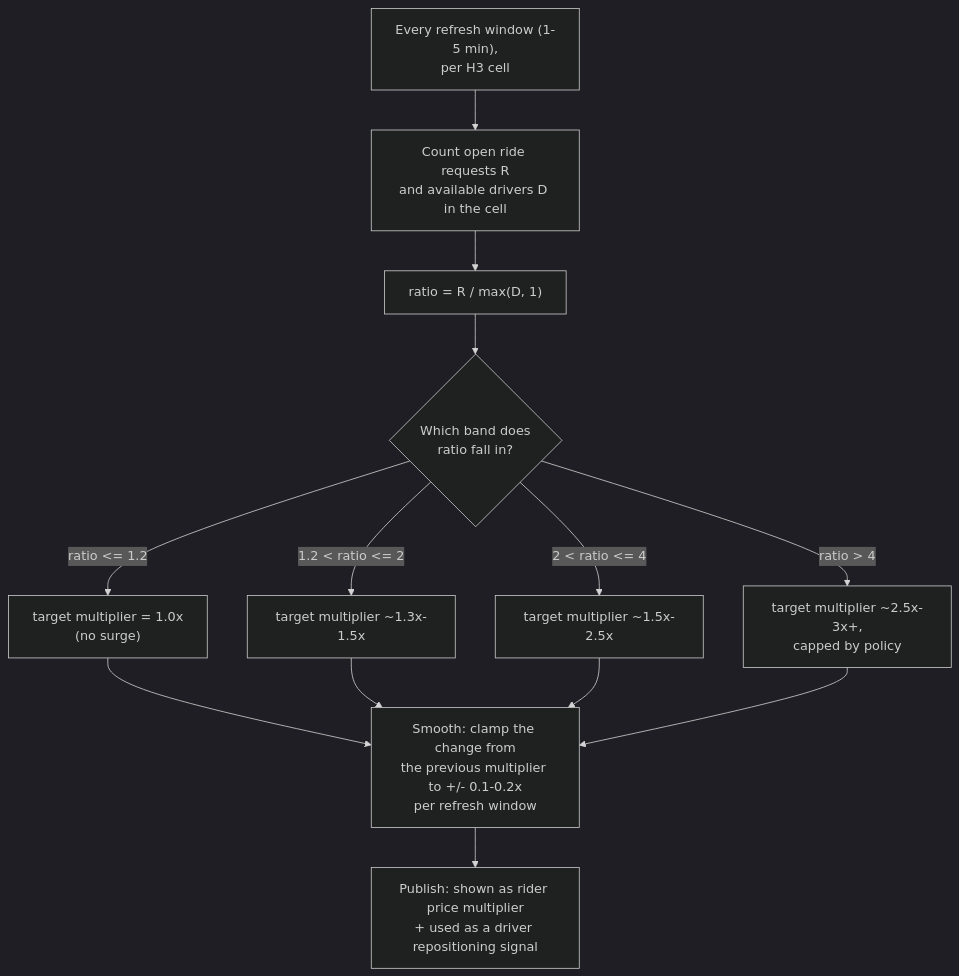
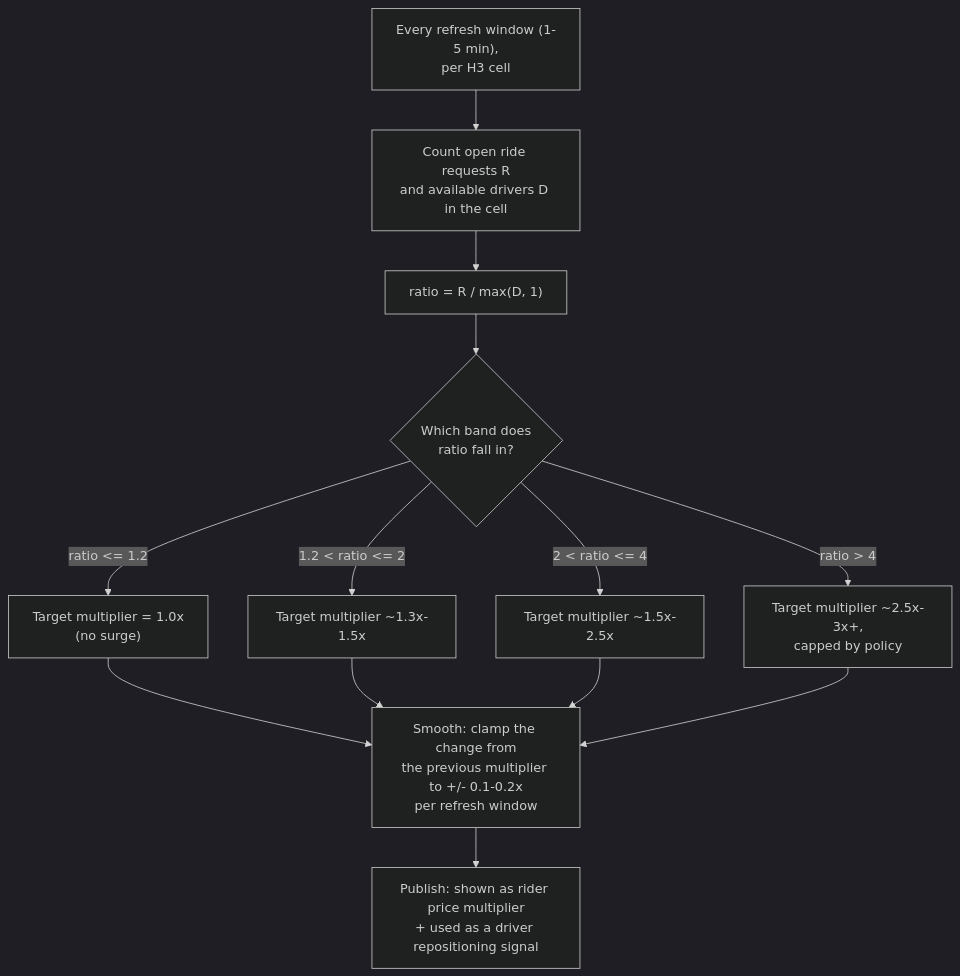
Before and after one commit to riyaz-pasha/Learnings: diagram 17 of 25 in system-design/HLD/0-course/30-Design Uber-FAANG-Guide.md, drawn with Mermaid (dark theme). The commit also changed other lines of this file and 1 other file, not shown here.

First line of the commit message:
[REWRITE] Design Uber guides: simplify prose, add structure, fix dark-theme diagrams

````diff
--- a/system-design/HLD/0-course/30-Design Uber-FAANG-Guide.md
+++ b/system-design/HLD/0-course/30-Design Uber-FAANG-Guide.md
@@ -786,12 +863,12 @@
 ```mermaid
 flowchart TD
     A["Every refresh window (1-5 min),<br/>per H3 cell"] --> B["Count open ride requests R<br/>and available drivers D in the cell"]
     B --> C["ratio = R / max(D, 1)"]
     C --> D{"Which band does<br/>ratio fall in?"}
-    D -- "ratio <= 1.2" --> E["target multiplier = 1.0x<br/>(no surge)"]
-    D -- "1.2 < ratio <= 2" --> F["target multiplier ~1.3x-1.5x"]
-    D -- "2 < ratio <= 4" --> G["target multiplier ~1.5x-2.5x"]
-    D -- "ratio > 4" --> H["target multiplier ~2.5x-3x+,<br/>capped by policy"]
+    D -- "ratio <= 1.2" --> E["Target multiplier = 1.0x<br/>(no surge)"]
+    D -- "1.2 < ratio <= 2" --> F["Target multiplier ~1.3x-1.5x"]
+    D -- "2 < ratio <= 4" --> G["Target multiplier ~1.5x-2.5x"]
+    D -- "ratio > 4" --> H["Target multiplier ~2.5x-3x+,<br/>capped by policy"]
     E & F & G & H --> I["Smooth: clamp the change from<br/>the previous multiplier to +/- 0.1-0.2x<br/>per refresh window"]
     I --> J["Publish: shown as rider price multiplier<br/>+ used as a driver repositioning signal"]
 ```
````
